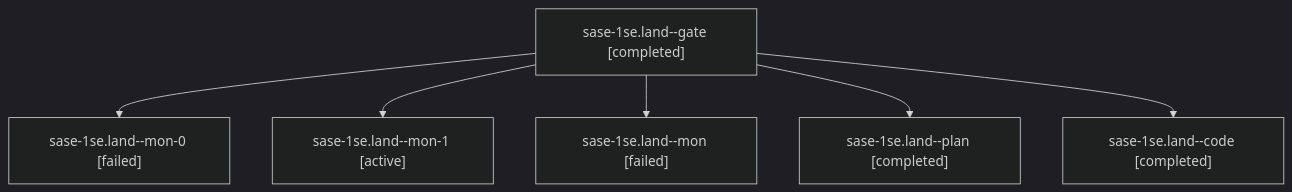
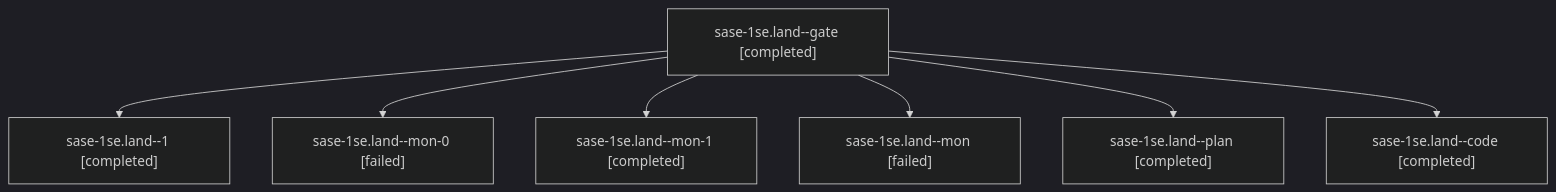
Before and after one commit to sase-org/sase--agents: the diagram in sessions/bbugyi200.athena.sase-1se.land.md, drawn with Mermaid (dark theme). The commit also changed other lines of this file and 23 other files, not shown here.

````diff
--- a/sessions/bbugyi200.athena.sase-1se.land.md
+++ b/sessions/bbugyi200.athena.sase-1se.land.md
@@ -9,14 +9,16 @@
 ```mermaid
 flowchart TD
   n0["sase-1se.land--gate [completed]"]
-  n1["sase-1se.land--mon-0 [failed]"]
+  n1["sase-1se.land--1 [completed]"]
   n0 --> n1
-  n2["sase-1se.land--mon-1 [active]"]
+  n2["sase-1se.land--mon-0 [failed]"]
   n0 --> n2
-  n3["sase-1se.land--mon [failed]"]
+  n3["sase-1se.land--mon-1 [completed]"]
   n0 --> n3
-  n4["sase-1se.land--plan [completed]"]
+  n4["sase-1se.land--mon [failed]"]
   n0 --> n4
-  n5["sase-1se.land--code [completed]"]
+  n5["sase-1se.land--plan [completed]"]
   n0 --> n5
+  n6["sase-1se.land--code [completed]"]
+  n0 --> n6
 ```
````
